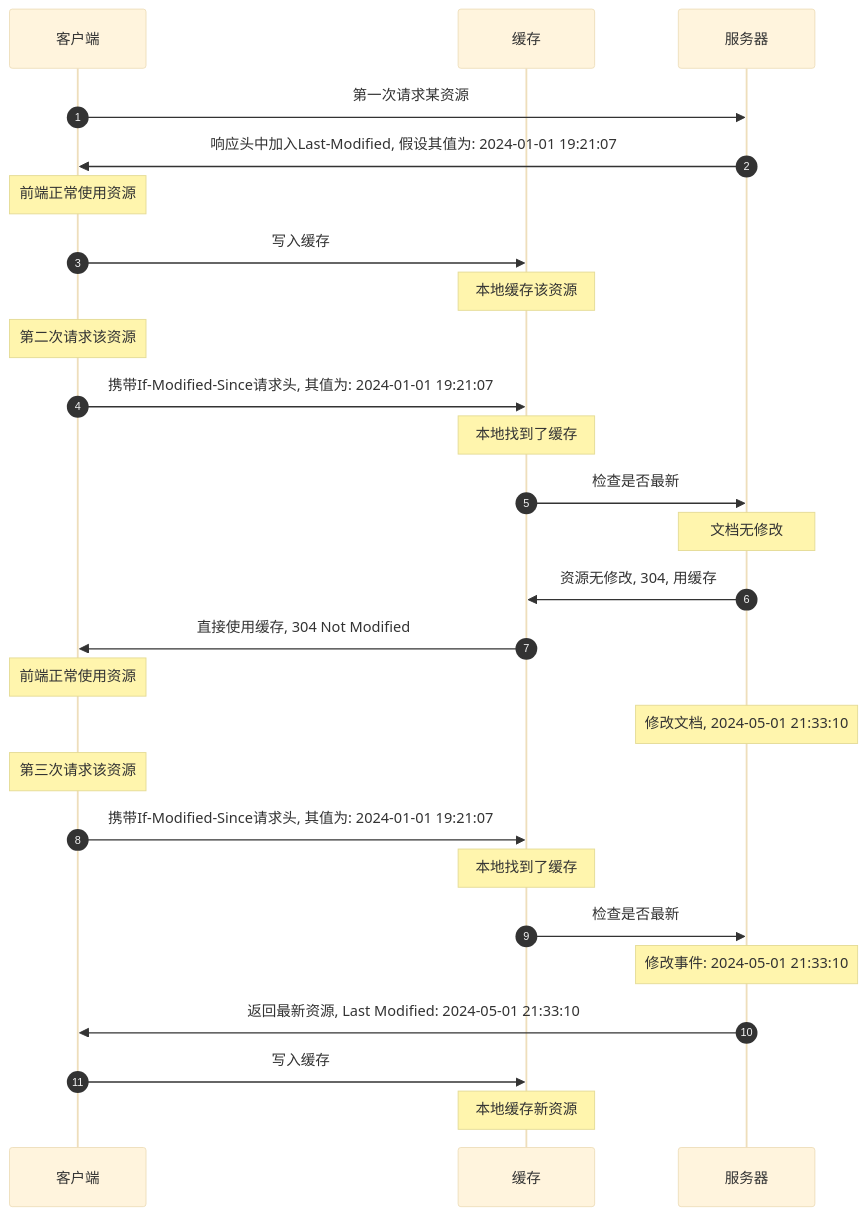
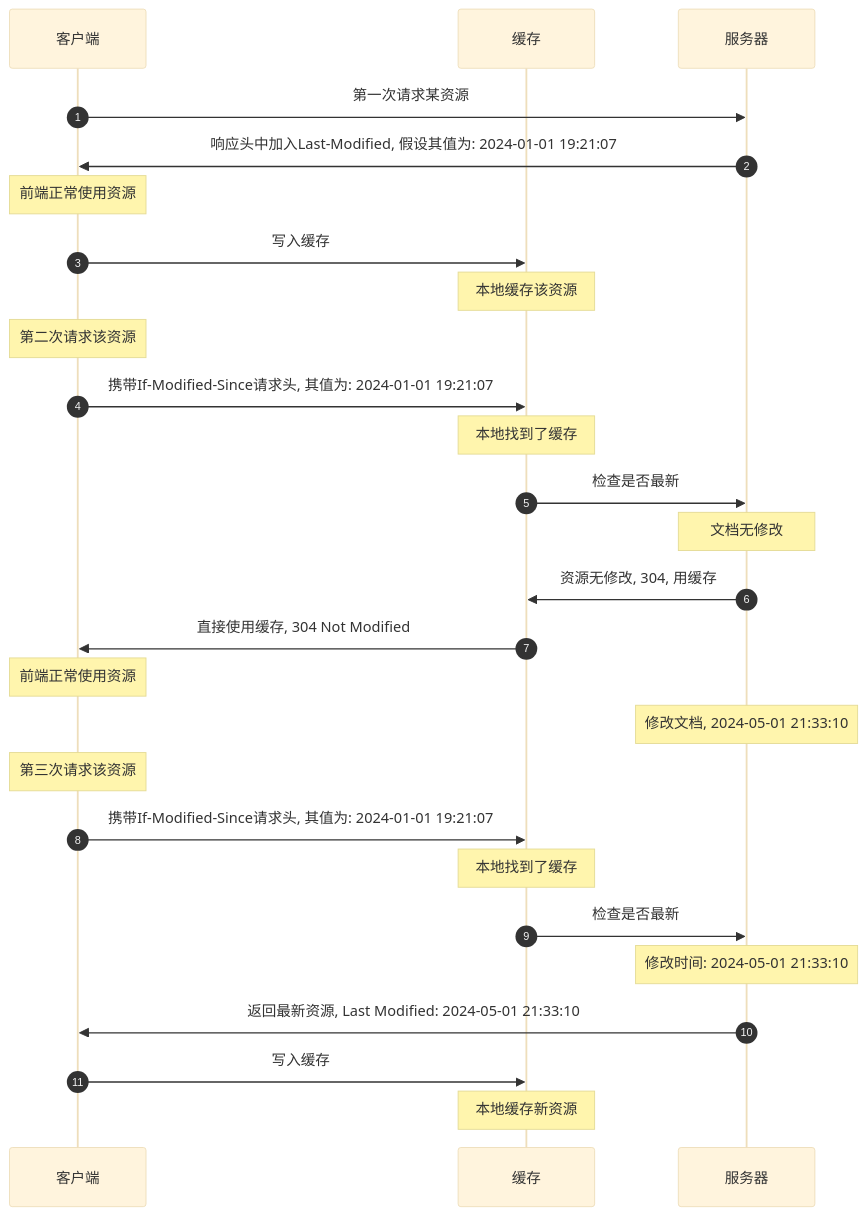
One commit to FrackCheung/study-notes changed the second of 3 diagrams in JavaScript语言笔记/Notes/JavaScript Web缓存和性能.md. Above: the diagram before and after it, drawn with Mermaid (base theme).

Commit message:
纠错

````diff
--- a/JavaScript语言笔记/Notes/JavaScript Web缓存和性能.md
+++ b/JavaScript语言笔记/Notes/JavaScript Web缓存和性能.md
@@ -51,28 +51,28 @@
 ```mermaid
 sequenceDiagram
 autonumber
 participant 客户端
 participant 缓存
 客户端 ->> 服务器: 第一次请求某资源
 服务器 ->> 客户端: 响应头中加入Last-Modified, 假设其值为: 2024-01-01 19:21:07
 Note over 客户端: 前端正常使用资源
 客户端 ->> 缓存: 写入缓存
 Note over 缓存: 本地缓存该资源
 Note over 客户端: 第二次请求该资源
 客户端 ->> 缓存: 携带If-Modified-Since请求头, 其值为: 2024-01-01 19:21:07
 Note over 缓存: 本地找到了缓存
 缓存 ->> 服务器: 检查是否最新
 Note over 服务器: 文档无修改
 服务器 ->> 缓存: 资源无修改, 304, 用缓存
 缓存 ->> 客户端: 直接使用缓存, 304 Not Modified
 Note over 客户端: 前端正常使用资源
 Note over 服务器: 修改文档, 2024-05-01 21:33:10
 Note over 客户端: 第三次请求该资源
 客户端 ->> 缓存: 携带If-Modified-Since请求头, 其值为: 2024-01-01 19:21:07
 Note over 缓存: 本地找到了缓存
 缓存 ->> 服务器: 检查是否最新
-Note over 服务器: 修改事件: 2024-05-01 21:33:10
+Note over 服务器: 修改时间: 2024-05-01 21:33:10
 服务器 ->> 客户端: 返回最新资源, Last Modified: 2024-05-01 21:33:10
 客户端 ->> 缓存: 写入缓存
 Note over 缓存: 本地缓存新资源
 ```
````
